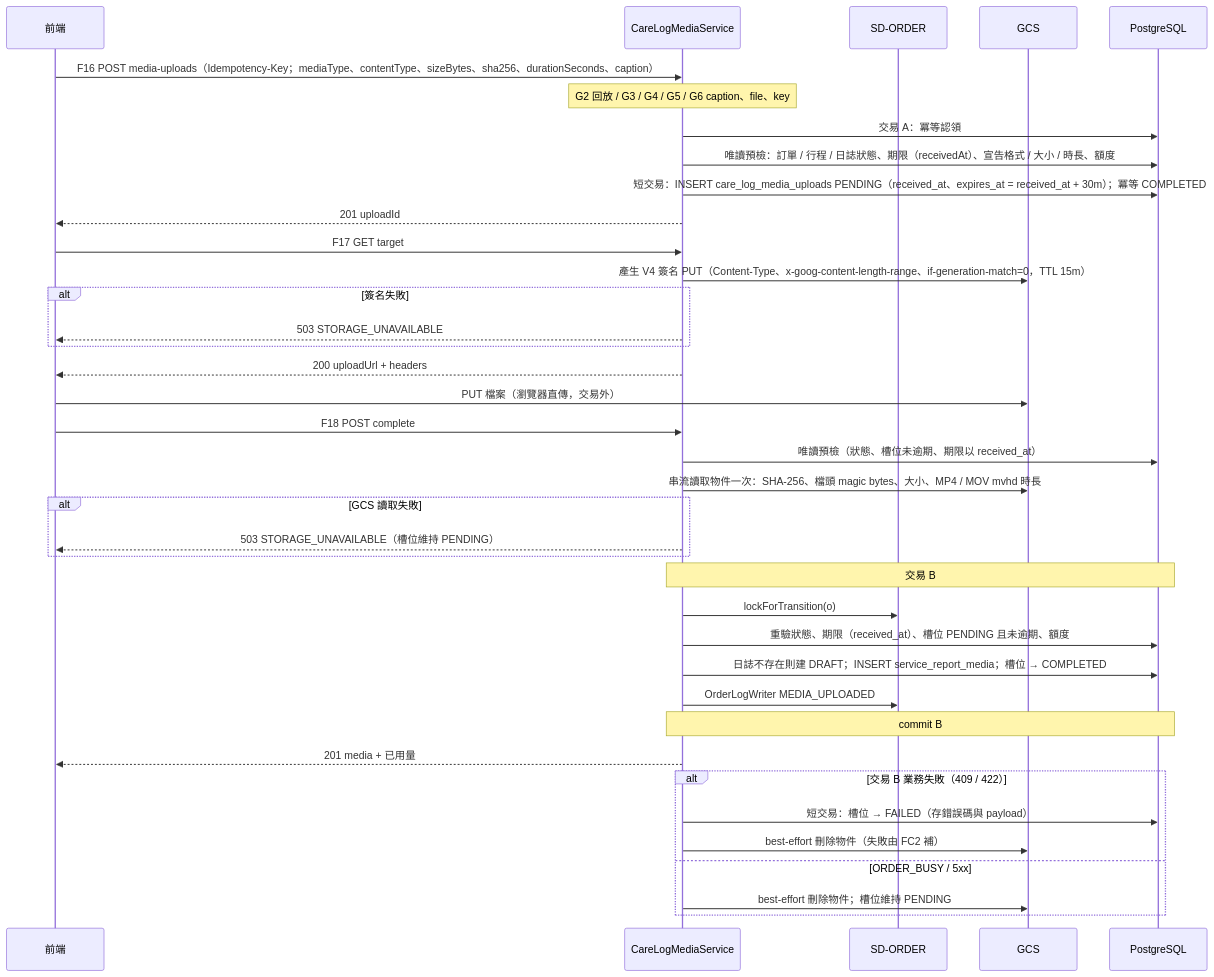
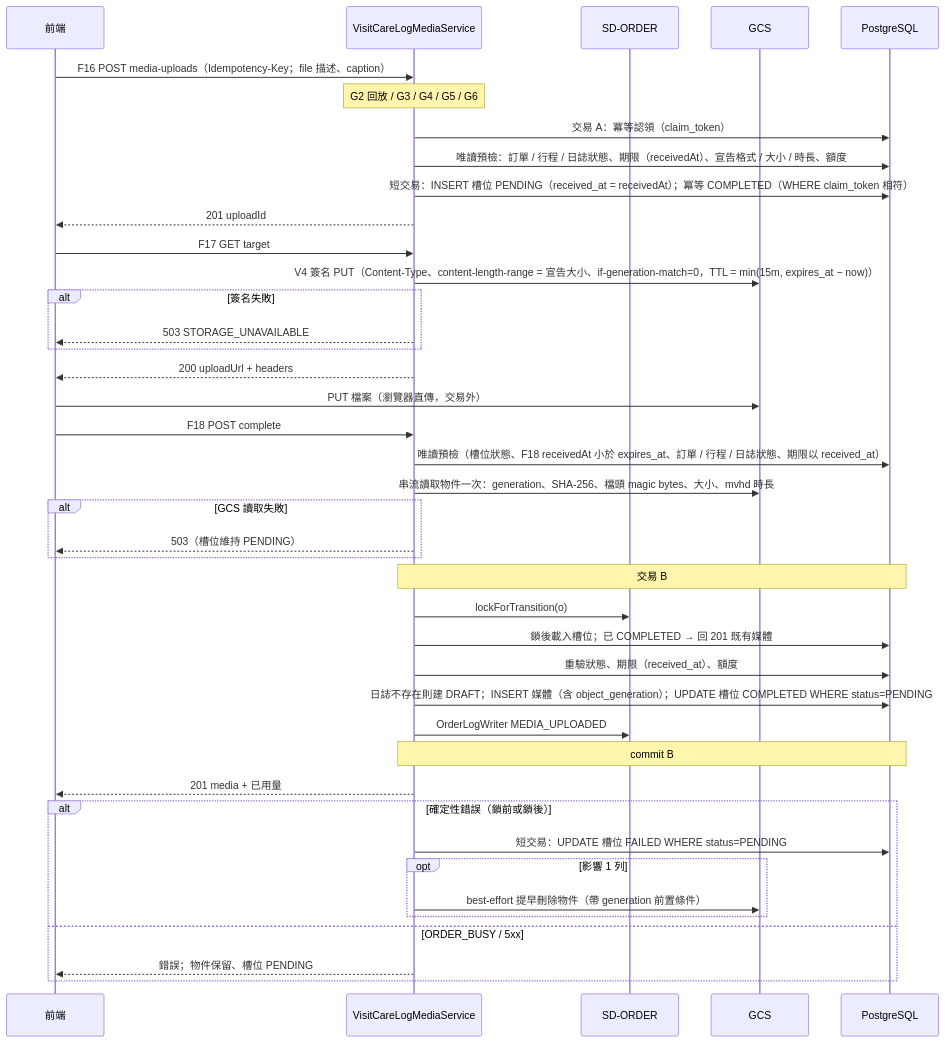
Before and after one commit to willchiangch/cat-sitter-project: the fifth of 7 diagrams in docs/sd/SD-FULFILL.md, drawn with Mermaid. The commit also changed other lines of this file and 6 other files, not shown here.

````diff
--- a/docs/sd/SD-FULFILL.md
+++ b/docs/sd/SD-FULFILL.md
@@ -337,40 +358,43 @@
 ```mermaid
 sequenceDiagram
     participant FE as 前端
-    participant API as CareLogMediaService
+    participant API as VisitCareLogMediaService
     participant ORD as SD-ORDER
     participant GCS as GCS
     participant DB as PostgreSQL
-    FE->>API: F16 POST media-uploads（Idempotency-Key；mediaType、contentType、sizeBytes、sha256、durationSeconds、caption）
-    Note over API: G2 回放 / G3 / G4 / G5 / G6 caption、file、key
-    API->>DB: 交易 A：冪等認領
+    FE->>API: F16 POST media-uploads（Idempotency-Key；file 描述、caption）
+    Note over API: G2 回放 / G3 / G4 / G5 / G6
+    API->>DB: 交易 A：冪等認領（claim_token）
     API->>DB: 唯讀預檢：訂單 / 行程 / 日誌狀態、期限（receivedAt）、宣告格式 / 大小 / 時長、額度
-    API->>DB: 短交易：INSERT care_log_media_uploads PENDING（received_at、expires_at = received_at + 30m）；冪等 COMPLETED
+    API->>DB: 短交易：INSERT 槽位 PENDING（received_at = receivedAt）；冪等 COMPLETED（WHERE claim_token 相符）
     API-->>FE: 201 uploadId
     FE->>API: F17 GET target
-    API->>GCS: 產生 V4 簽名 PUT（Content-Type、x-goog-content-length-range、if-generation-match=0，TTL 15m）
+    API->>GCS: V4 簽名 PUT（Content-Type、content-length-range = 宣告大小、if-generation-match=0，TTL = min(15m, expires_at − now)）
     alt 簽名失敗
         API-->>FE: 503 STORAGE_UNAVAILABLE
     end
     API-->>FE: 200 uploadUrl + headers
     FE->>GCS: PUT 檔案（瀏覽器直傳，交易外）
     FE->>API: F18 POST complete
-    API->>DB: 唯讀預檢（狀態、槽位未逾期、期限以 received_at）
-    API->>GCS: 串流讀取物件一次：SHA-256、檔頭 magic bytes、大小、MP4 / MOV mvhd 時長
+    API->>DB: 唯讀預檢（槽位狀態、F18 receivedAt 小於 expires_at、訂單 / 行程 / 日誌狀態、期限以 received_at）
+    API->>GCS: 串流讀取物件一次：generation、SHA-256、檔頭 magic bytes、大小、mvhd 時長
     alt GCS 讀取失敗
-        API-->>FE: 503 STORAGE_UNAVAILABLE（槽位維持 PENDING）
+        API-->>FE: 503（槽位維持 PENDING）
     end
     Note over API,DB: 交易 B
     API->>ORD: lockForTransition(o)
-    API->>DB: 重驗狀態、期限（received_at）、槽位 PENDING 且未逾期、額度
-    API->>DB: 日誌不存在則建 DRAFT；INSERT service_report_media；槽位 → COMPLETED
+    API->>DB: 鎖後載入槽位；已 COMPLETED → 回 201 既有媒體
+    API->>DB: 重驗狀態、期限（received_at）、額度
+    API->>DB: 日誌不存在則建 DRAFT；INSERT 媒體（含 object_generation）；UPDATE 槽位 COMPLETED WHERE status=PENDING
     API->>ORD: OrderLogWriter MEDIA_UPLOADED
     Note over API,DB: commit B
     API-->>FE: 201 media + 已用量
-    alt 交易 B 業務失敗（409 / 422）
-        API->>DB: 短交易：槽位 → FAILED（存錯誤碼與 payload）
-        API->>GCS: best-effort 刪除物件（失敗由 FC2 補）
+    alt 確定性錯誤（鎖前或鎖後）
+        API->>DB: 短交易：UPDATE 槽位 FAILED WHERE status=PENDING
+        opt 影響 1 列
+            API->>GCS: best-effort 提早刪除物件（帶 generation 前置條件）
+        end
     else ORDER_BUSY / 5xx
-        API->>GCS: best-effort 刪除物件；槽位維持 PENDING
+        API-->>FE: 錯誤；物件保留、槽位 PENDING
     end
 ```
````
